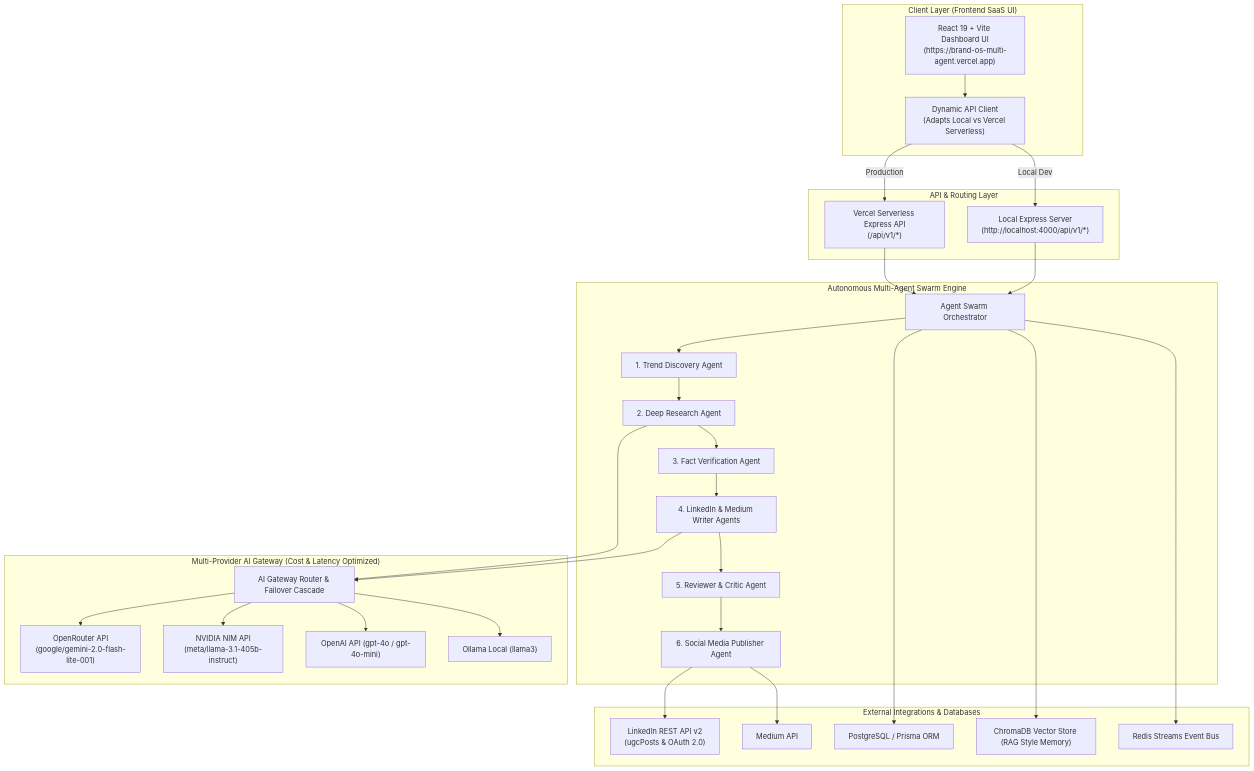
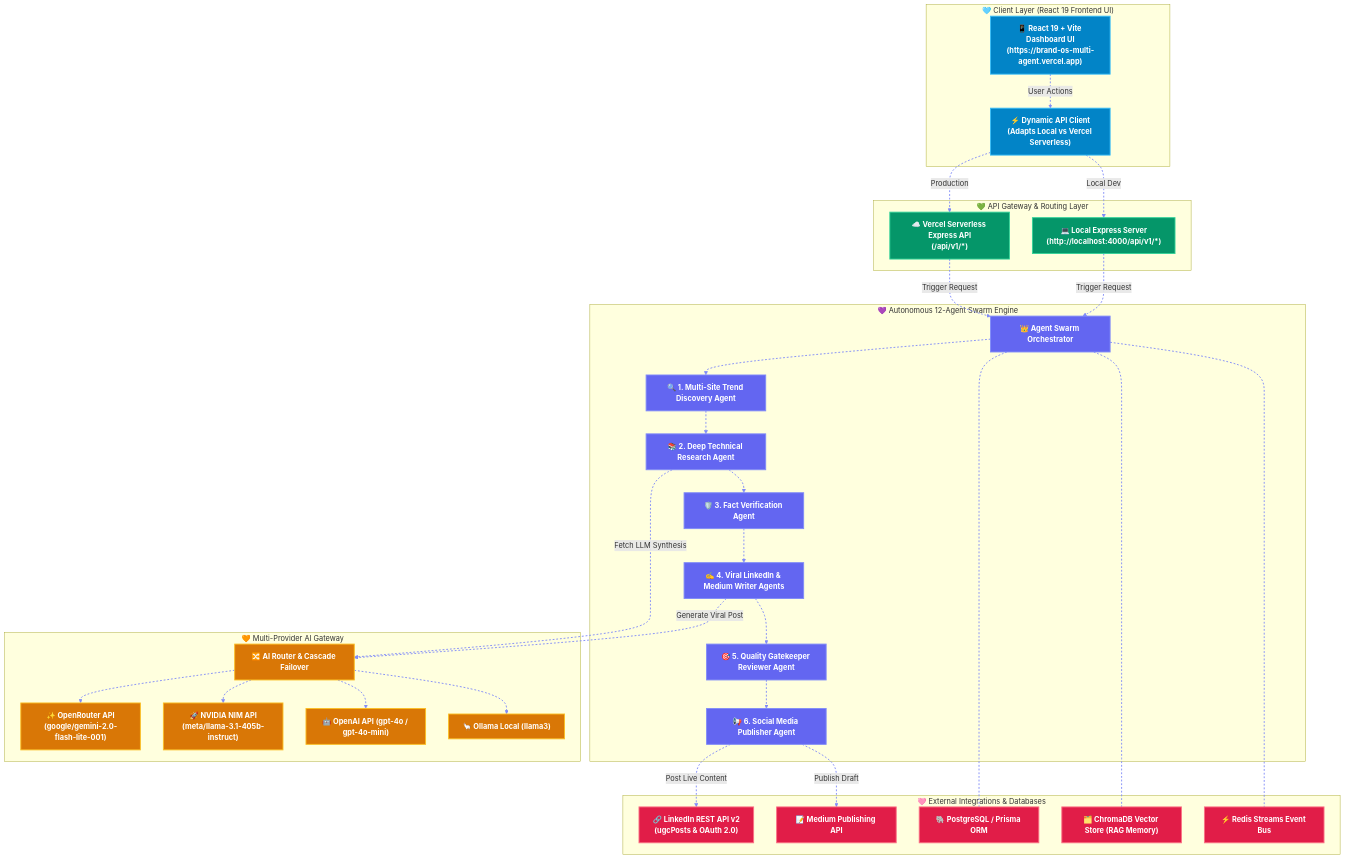
Before and after one commit to dineshkumar-mb/Brand-os-multi-agent: the diagram in README.md, drawn with Mermaid.

Commit message:
docs: upgrade architecture diagram with vibrant multi-color class definitions and animated flow lines

````diff
--- a/README.md
+++ b/README.md
@@ -16,63 +16,72 @@
 ```mermaid
 flowchart TB
-    subgraph ClientLayer ["Client Layer (Frontend SaaS UI)"]
-        UI["React 19 + Vite Dashboard UI\n(https://brand-os-multi-agent.vercel.app)"]
-        ApiClient["Dynamic API Client\n(Adapts Local vs Vercel Serverless)"]
-        UI --> ApiClient
+    %% Multi-Color Class Styling Definitions
+    classDef clientStyle fill:#0284c7,stroke:#38bdf8,stroke-width:2px,color:#ffffff,font-weight:bold;
+    classDef apiStyle fill:#059669,stroke:#34d399,stroke-width:2px,color:#ffffff,font-weight:bold;
+    classDef swarmStyle fill:#6366f1,stroke:#818cf8,stroke-width:2px,color:#ffffff,font-weight:bold;
+    classDef aiStyle fill:#d97706,stroke:#fbbf24,stroke-width:2px,color:#ffffff,font-weight:bold;
+    classDef dataStyle fill:#e11d48,stroke:#fb7185,stroke-width:2px,color:#ffffff,font-weight:bold;
+
+    subgraph ClientLayer ["🩵 Client Layer (React 19 Frontend UI)"]
+        UI["📱 React 19 + Vite Dashboard UI\n(https://brand-os-multi-agent.vercel.app)"]:::clientStyle
+        ApiClient["⚡ Dynamic API Client\n(Adapts Local vs Vercel Serverless)"]:::clientStyle
+        UI -.->|User Actions| ApiClient
     end
 
-    subgraph APIBackend ["API & Routing Layer"]
-        ServerlessAPI["Vercel Serverless Express API\n(/api/v1/*)"]
-        LocalAPI["Local Express Server\n(http://localhost:4000/api/v1/*)"]
-        ApiClient -->|Production| ServerlessAPI
-        ApiClient -->|Local Dev| LocalAPI
+    subgraph APIBackend ["💚 API Gateway & Routing Layer"]
+        ServerlessAPI["☁️ Vercel Serverless Express API\n(/api/v1/*)"]:::apiStyle
+        LocalAPI["💻 Local Express Server\n(http://localhost:4000/api/v1/*)"]:::apiStyle
+        ApiClient == Production ==> ServerlessAPI
+        ApiClient == Local Dev ==> LocalAPI
     end
 
-    subgraph SwarmOrchestration ["Autonomous Multi-Agent Swarm Engine"]
-        Orchestrator["Agent Swarm Orchestrator"]
-        TrendAgent["1. Trend Discovery Agent"]
-        ResearchAgent["2. Deep Research Agent"]
-        FactAgent["3. Fact Verification Agent"]
-        WriterAgent["4. LinkedIn & Medium Writer Agents"]
-        ReviewerAgent["5. Reviewer & Critic Agent"]
-        PublisherAgent["6. Social Media Publisher Agent"]
+    subgraph SwarmOrchestration ["💜 Autonomous 12-Agent Swarm Engine"]
+        Orchestrator["👑 Agent Swarm Orchestrator"]:::swarmStyle
+        TrendAgent["🔍 1. Multi-Site Trend Discovery Agent"]:::swarmStyle
+        ResearchAgent["📚 2. Deep Technical Research Agent"]:::swarmStyle
+        FactAgent["🛡️ 3. Fact Verification Agent"]:::swarmStyle
+        WriterAgent["✍️ 4. Viral LinkedIn & Medium Writer Agents"]:::swarmStyle
+        ReviewerAgent["🎯 5. Quality Gatekeeper Reviewer Agent"]:::swarmStyle
+        PublisherAgent["📢 6. Social Media Publisher Agent"]:::swarmStyle
 
-        Orchestrator --> TrendAgent
-        TrendAgent --> ResearchAgent
-        ResearchAgent --> FactAgent
-        FactAgent --> WriterAgent
-        WriterAgent --> ReviewerAgent
-        ReviewerAgent --> PublisherAgent
+        Orchestrator -.-> TrendAgent
+        TrendAgent -.-> ResearchAgent
+        ResearchAgent -.-> FactAgent
+        FactAgent -.-> WriterAgent
+        WriterAgent -.-> ReviewerAgent
+        ReviewerAgent -.-> PublisherAgent
     end
 
-    subgraph AIGateway ["Multi-Provider AI Gateway (Cost & Latency Optimized)"]
-        Router["AI Gateway Router & Failover Cascade"]
-        OpenRouter["OpenRouter API\n(google/gemini-2.0-flash-lite-001)"]
-        NVIDIA["NVIDIA NIM API\n(meta/llama-3.1-405b-instruct)"]
-        OpenAI["OpenAI API (gpt-4o / gpt-4o-mini)"]
-        Ollama["Ollama Local (llama3)"]
+    subgraph AIGateway ["🧡 Multi-Provider AI Gateway"]
+        Router["🔀 AI Router & Cascade Failover"]:::aiStyle
+        OpenRouter["✨ OpenRouter API\n(google/gemini-2.0-flash-lite-001)"]:::aiStyle
+        NVIDIA["🚀 NVIDIA NIM API\n(meta/llama-3.1-405b-instruct)"]:::aiStyle
+        OpenAI["🤖 OpenAI API (gpt-4o / gpt-4o-mini)"]:::aiStyle
+        Ollama["🦙 Ollama Local (llama3)"]:::aiStyle
 
         Router --> OpenRouter
         Router --> NVIDIA
         Router --> OpenAI
         Router --> Ollama
     end
 
-    subgraph DataIntegrations ["External Integrations & Databases"]
-        LinkedIn["LinkedIn REST API v2\n(ugcPosts & OAuth 2.0)"]
-        Medium["Medium API"]
-        Postgres["PostgreSQL / Prisma ORM"]
-        Chroma["ChromaDB Vector Store (RAG Style Memory)"]
-        Redis["Redis Streams Event Bus"]
+    subgraph DataIntegrations ["🩷 External Integrations & Databases"]
+        LinkedIn["🔗 LinkedIn REST API v2\n(ugcPosts & OAuth 2.0)"]:::dataStyle
+        Medium["📝 Medium Publishing API"]:::dataStyle
+        Postgres["🐘 PostgreSQL / Prisma ORM"]:::dataStyle
+        Chroma["🗂️ ChromaDB Vector Store (RAG Memory)"]:::dataStyle
+        Redis["⚡ Redis Streams Event Bus"]:::dataStyle
     end
 
-    ServerlessAPI --> Orchestrator
-    LocalAPI --> Orchestrator
-    ResearchAgent --> Router
-    WriterAgent --> Router
-    PublisherAgent --> LinkedIn
-    PublisherAgent --> Medium
-    Orchestrator --> Postgres
-    Orchestrator --> Chroma
-    Orchestrator --> Redis
+    ServerlessAPI ==>|Trigger Request| Orchestrator
+    LocalAPI ==>|Trigger Request| Orchestrator
+    ResearchAgent -.->|Fetch LLM Synthesis| Router
+    WriterAgent -.->|Generate Viral Post| Router
+    PublisherAgent ==>|Post Live Content| LinkedIn
+    PublisherAgent ==>|Publish Draft| Medium
+    Orchestrator --- Postgres
+    Orchestrator --- Chroma
+    Orchestrator --- Redis
+
+    linkStyle default stroke:#818cf8,stroke-width:2px,stroke-dasharray: 4 4;
 ```
````
